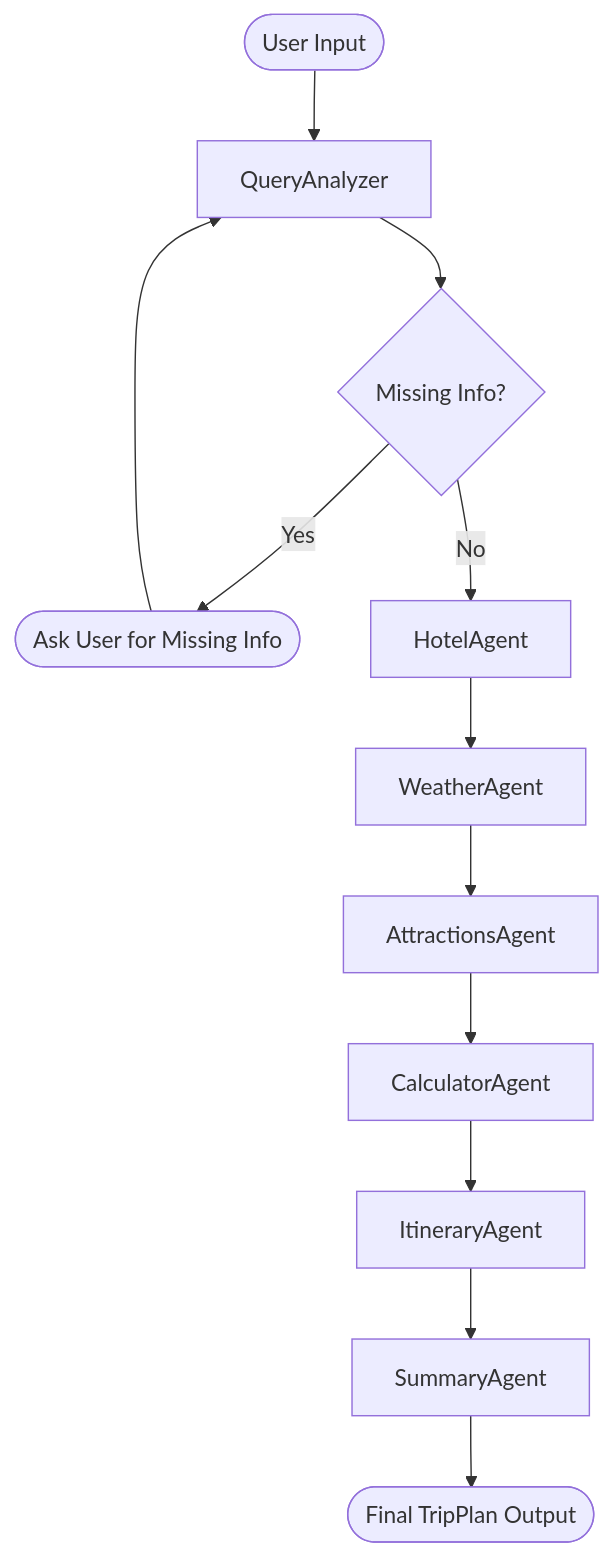
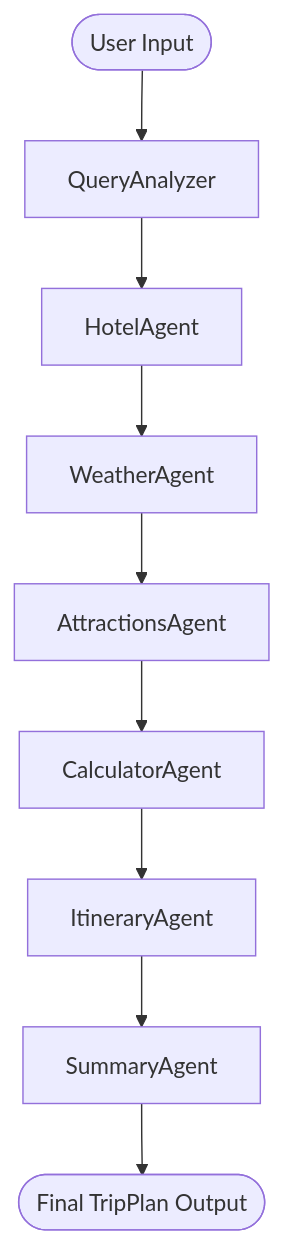
One commit to Anand-Bheesetti/travel-agent changed the diagram in README.md. Above: the diagram before and after it, drawn with Mermaid. The commit also changed other lines of this file and 9 other files, not shown here.

````diff
--- a/README.md
+++ b/README.md
@@ -20,14 +19,11 @@
 ```mermaid
 flowchart TD
   UserInput(["User Input"]) --> QueryAnalyzer
-  QueryAnalyzer --> CheckMissing{"Missing Info?"}
-  CheckMissing -- Yes --> UserPrompt(["Ask User for Missing Info"])
-  UserPrompt --> QueryAnalyzer
-  CheckMissing -- No --> HotelAgent
+  QueryAnalyzer --> HotelAgent
   HotelAgent --> WeatherAgent
   WeatherAgent --> AttractionsAgent
   AttractionsAgent --> CalculatorAgent
   CalculatorAgent --> ItineraryAgent
   ItineraryAgent --> SummaryAgent
   SummaryAgent --> FinalPlan(["Final TripPlan Output"])
 ```
````
